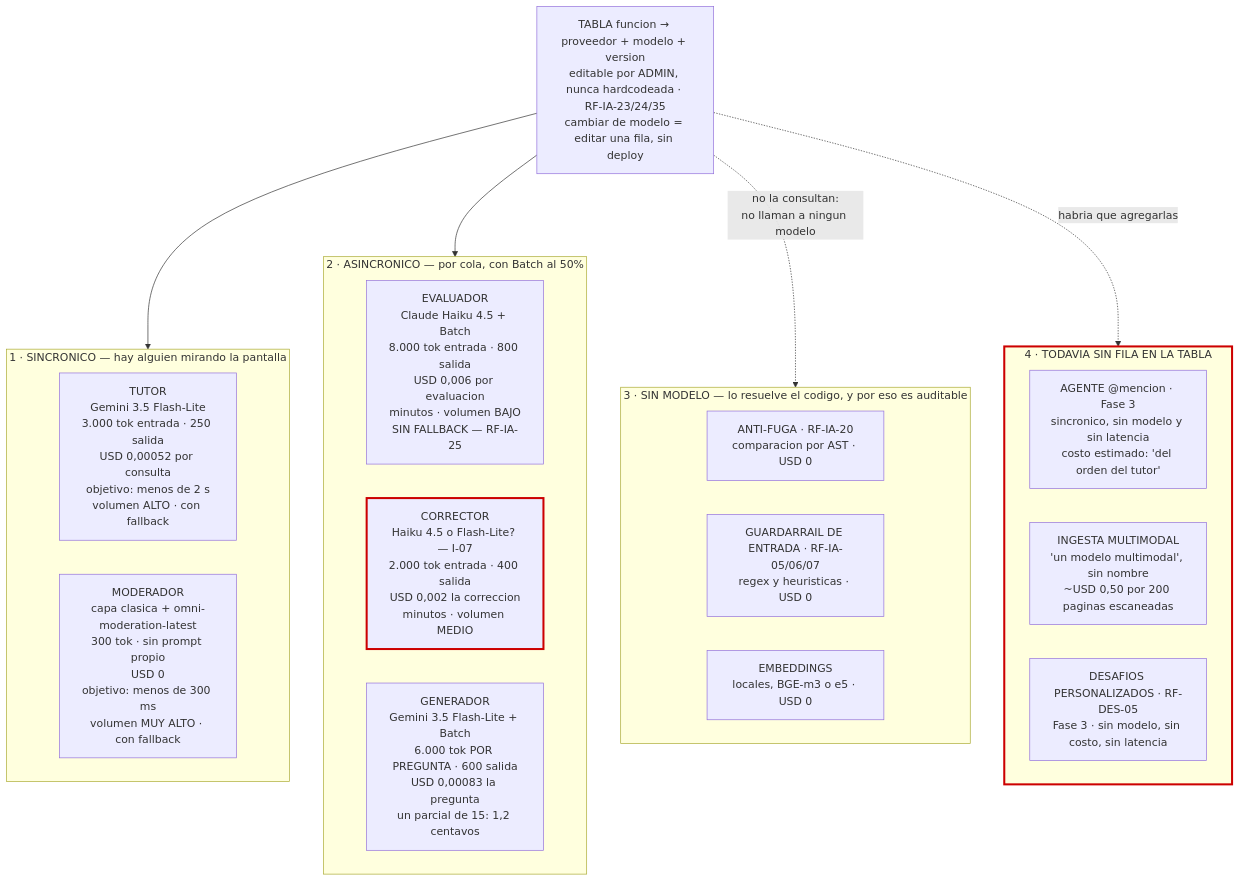
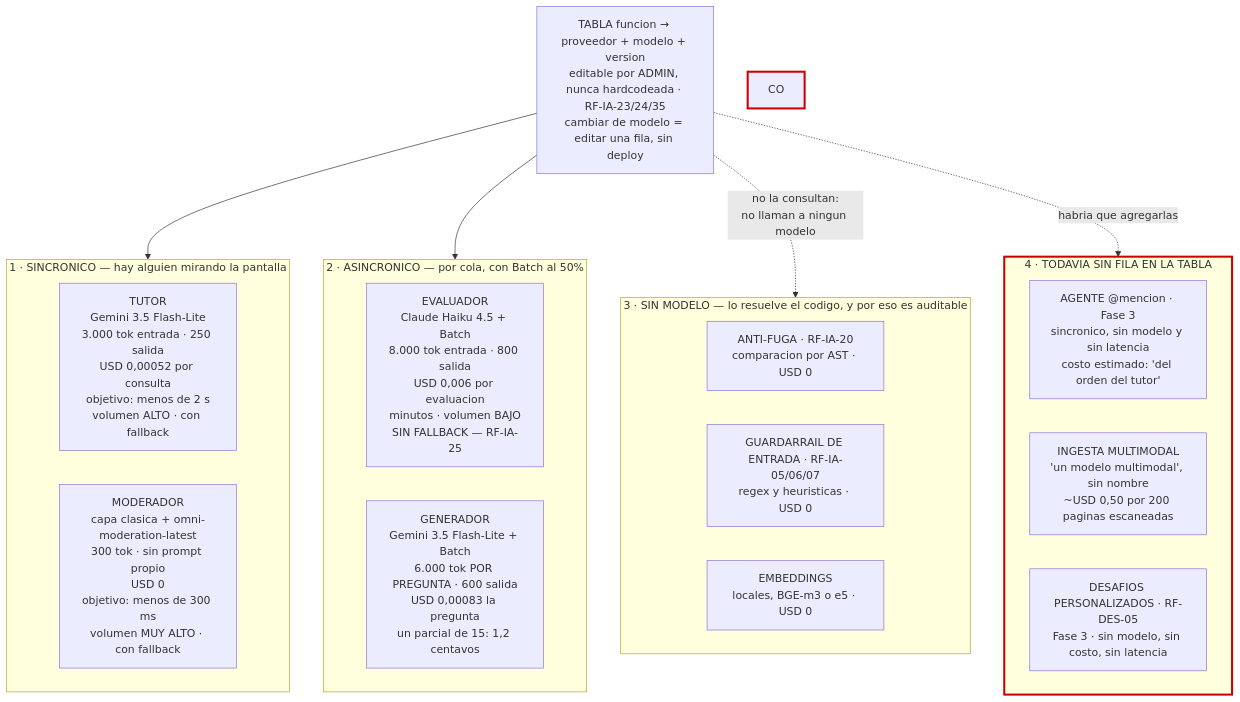
The seventh of 10 diagrams in docs/17-mapa-de-integracion.md (facundosoria/Doc-Tpi-Programacion), drawn with Mermaid before and after one commit. The commit also changed other lines of this file and 28 other files, not shown here.

````diff
--- a/docs/17-mapa-de-integracion.md
+++ b/docs/17-mapa-de-integracion.md
@@ -386,35 +387,34 @@
 ```mermaid
 flowchart TB
     TABLA["TABLA funcion → proveedor + modelo + version<br/>editable por ADMIN, nunca hardcodeada · RF-IA-23/24/35<br/>cambiar de modelo = editar una fila, sin deploy"]
 
     subgraph sinc["1 · SINCRONICO — hay alguien mirando la pantalla"]
         TU["TUTOR<br/>Gemini 3.5 Flash-Lite<br/>3.000 tok entrada · 250 salida<br/>USD 0,00052 por consulta<br/>objetivo: menos de 2 s<br/>volumen ALTO · con fallback"]
         MO["MODERADOR<br/>capa clasica + omni-moderation-latest<br/>300 tok · sin prompt propio<br/>USD 0<br/>objetivo: menos de 300 ms<br/>volumen MUY ALTO · con fallback"]
     end
 
     subgraph asin["2 · ASINCRONICO — por cola, con Batch al 50%"]
         EV["EVALUADOR<br/>Claude Haiku 4.5 + Batch<br/>8.000 tok entrada · 800 salida<br/>USD 0,006 por evaluacion<br/>minutos · volumen BAJO<br/>SIN FALLBACK — RF-IA-25"]
-        CO["CORRECTOR<br/>Haiku 4.5 o Flash-Lite? — I-07<br/>2.000 tok entrada · 400 salida<br/>USD 0,002 la correccion<br/>minutos · volumen MEDIO"]
         GE["GENERADOR<br/>Gemini 3.5 Flash-Lite + Batch<br/>6.000 tok POR PREGUNTA · 600 salida<br/>USD 0,00083 la pregunta<br/>un parcial de 15: 1,2 centavos"]
     end
 
     subgraph det["3 · SIN MODELO — lo resuelve el codigo, y por eso es auditable"]
         AF["ANTI-FUGA · RF-IA-20<br/>comparacion por AST · USD 0"]
         GEN["GUARDARRAIL DE ENTRADA · RF-IA-05/06/07<br/>regex y heuristicas · USD 0"]
         EMB["EMBEDDINGS<br/>locales, BGE-m3 o e5 · USD 0"]
     end
 
     subgraph falta["4 · TODAVIA SIN FILA EN LA TABLA"]
         AG["AGENTE @mencion · Fase 3<br/>sincronico, sin modelo y sin latencia<br/>costo estimado: 'del orden del tutor'"]
         IN["INGESTA MULTIMODAL<br/>'un modelo multimodal', sin nombre<br/>~USD 0,50 por 200 paginas escaneadas"]
         DP["DESAFIOS PERSONALIZADOS · RF-DES-05<br/>Fase 3 · sin modelo, sin costo, sin latencia"]
     end
 
     TABLA --> sinc
     TABLA --> asin
     TABLA -.->|"no la consultan:<br/>no llaman a ningun modelo"| det
     TABLA -.->|"habria que agregarlas"| falta
 
     style CO stroke:#c00,stroke-width:3px
     style falta stroke:#c00,stroke-width:3px
 ```
````
